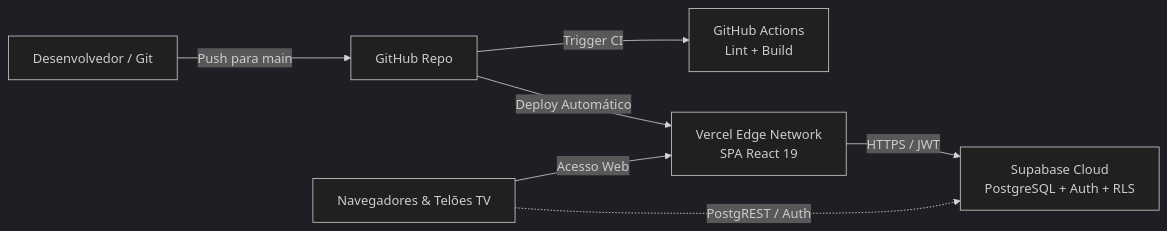
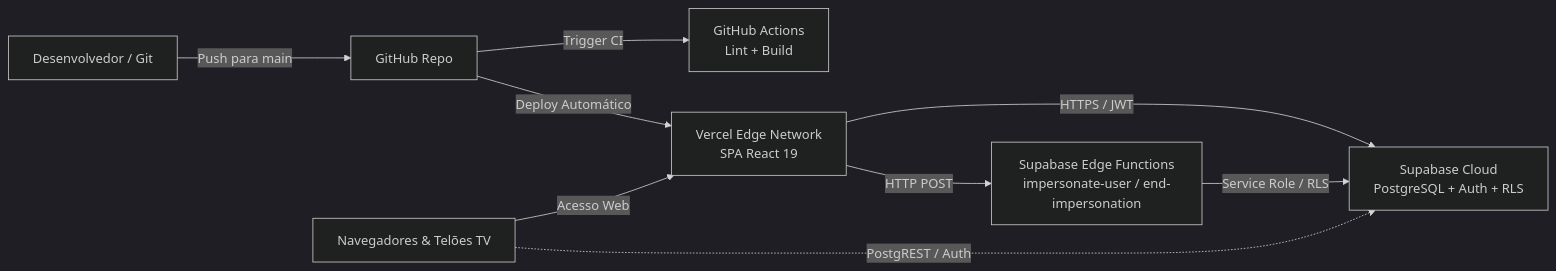
One commit to wesleytj/smart-exit-school changed the diagram in docs/deploy.md. Above: the diagram before and after it, drawn with Mermaid (dark theme). The commit also changed other lines of this file and 6 other files, not shown here.

First line of the commit message:
docs(arch): refresh architecture, structure, technologies, api and operations (#75)

````diff
--- a/docs/deploy.md
+++ b/docs/deploy.md
@@ -15,9 +16,11 @@
 ```mermaid
 flowchart LR
     Dev[Desenvolvedor / Git] -->|Push para main| Repo[GitHub Repo]
     Repo -->|Trigger CI| GHA[GitHub Actions<br/>Lint + Build]
     Repo -->|Deploy Automático| Vercel[Vercel Edge Network<br/>SPA React 19]
     Vercel -->|HTTPS / JWT| Supabase[Supabase Cloud<br/>PostgreSQL + Auth + RLS]
+    Vercel -->|HTTP POST| Edge[Supabase Edge Functions<br/>impersonate-user / end-impersonation]
+    Edge -->|Service Role / RLS| Supabase
     Users[Navegadores & Telões TV] -->|Acesso Web| Vercel
     Users -.->|PostgREST / Auth| Supabase
 ```
````
